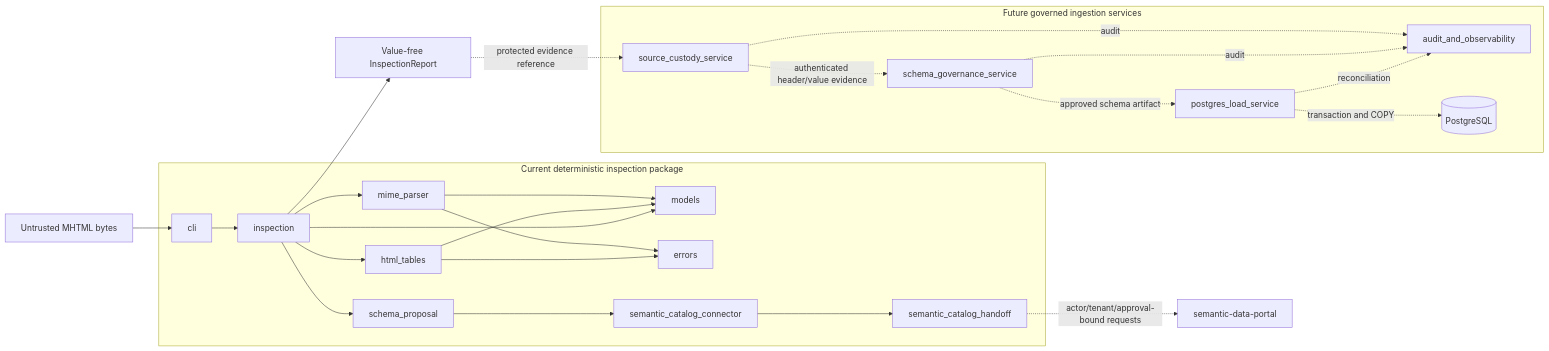
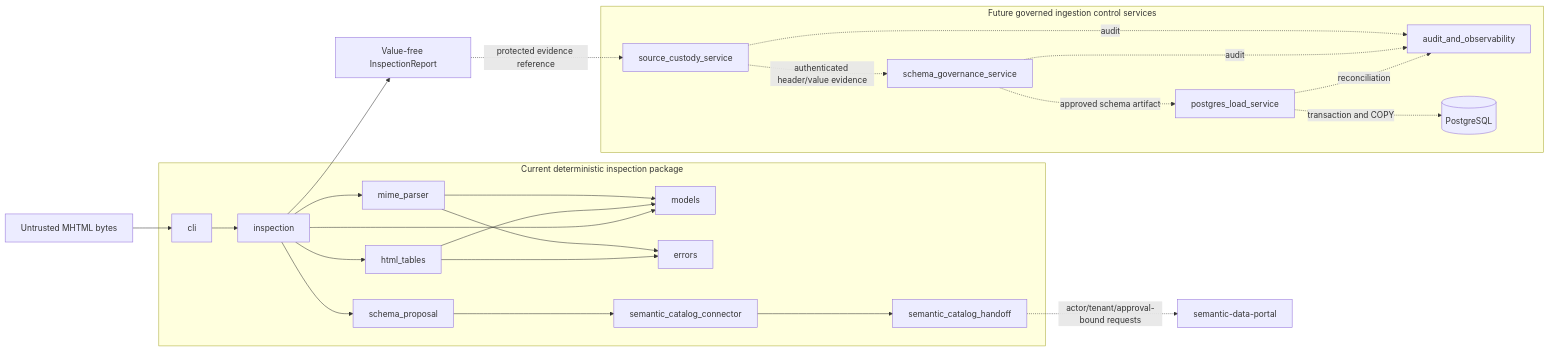
The first of 6 diagrams in docs/UML.md (ContextualWisdomLab/mhtml-etl-gateway), drawn with Mermaid before and after one commit. The commit also changed other lines of this file and 17 other files, not shown here.

````diff
--- a/docs/UML.md
+++ b/docs/UML.md
@@ -11,45 +12,45 @@
 ```mermaid
 flowchart LR
     subgraph current[Current deterministic inspection package]
         CLI[cli]
         MOD[models]
         ERR[errors]
         MIME[mime_parser]
         HTML[html_tables]
         INS[inspection]
         CLI --> INS
         INS --> MIME
         INS --> HTML
         MIME --> MOD
         HTML --> MOD
         MIME --> ERR
         HTML --> ERR
     INS --> MOD
         PROPOSAL[schema_proposal]
     CATALOG[semantic_catalog_connector]
     HANDOFF[semantic_catalog_handoff]
         INS --> PROPOSAL
     PROPOSAL --> CATALOG
     CATALOG --> HANDOFF
     end
 
     SRC[Untrusted MHTML bytes] --> CLI
     INS --> REPORT[Value-free InspectionReport]
 
-    subgraph future[Future governed ingestion services]
+    subgraph future[Future governed ingestion control services]
         CUST[source_custody_service]
         SCHEMA[schema_governance_service]
         LOAD[postgres_load_service]
         AUDIT[audit_and_observability]
         STORE[(PostgreSQL)]
     end
 
     REPORT -. protected evidence reference .-> CUST
     HANDOFF -. actor/tenant/approval-bound requests .-> PORTAL[semantic-data-portal]
     CUST -. authenticated header/value evidence .-> SCHEMA
     SCHEMA -. approved schema artifact .-> LOAD
     LOAD -. transaction and COPY .-> STORE
     CUST -. audit .-> AUDIT
     SCHEMA -. audit .-> AUDIT
     LOAD -. reconciliation .-> AUDIT
 ```
````
